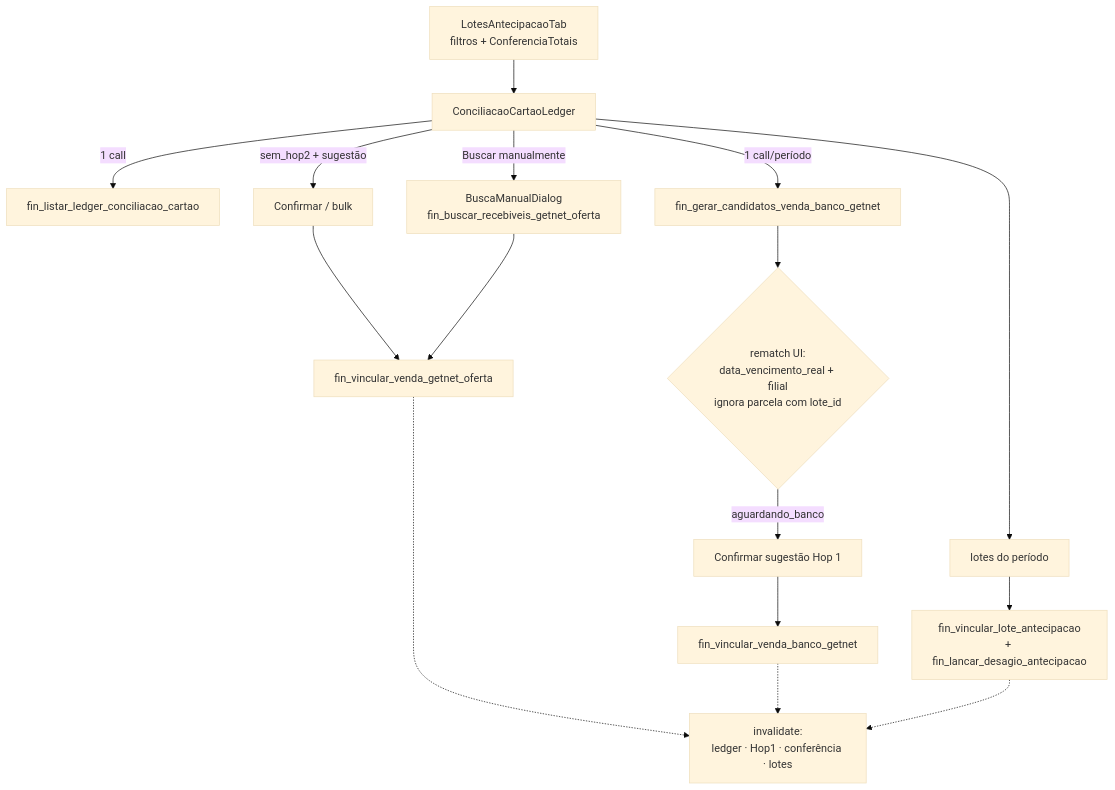
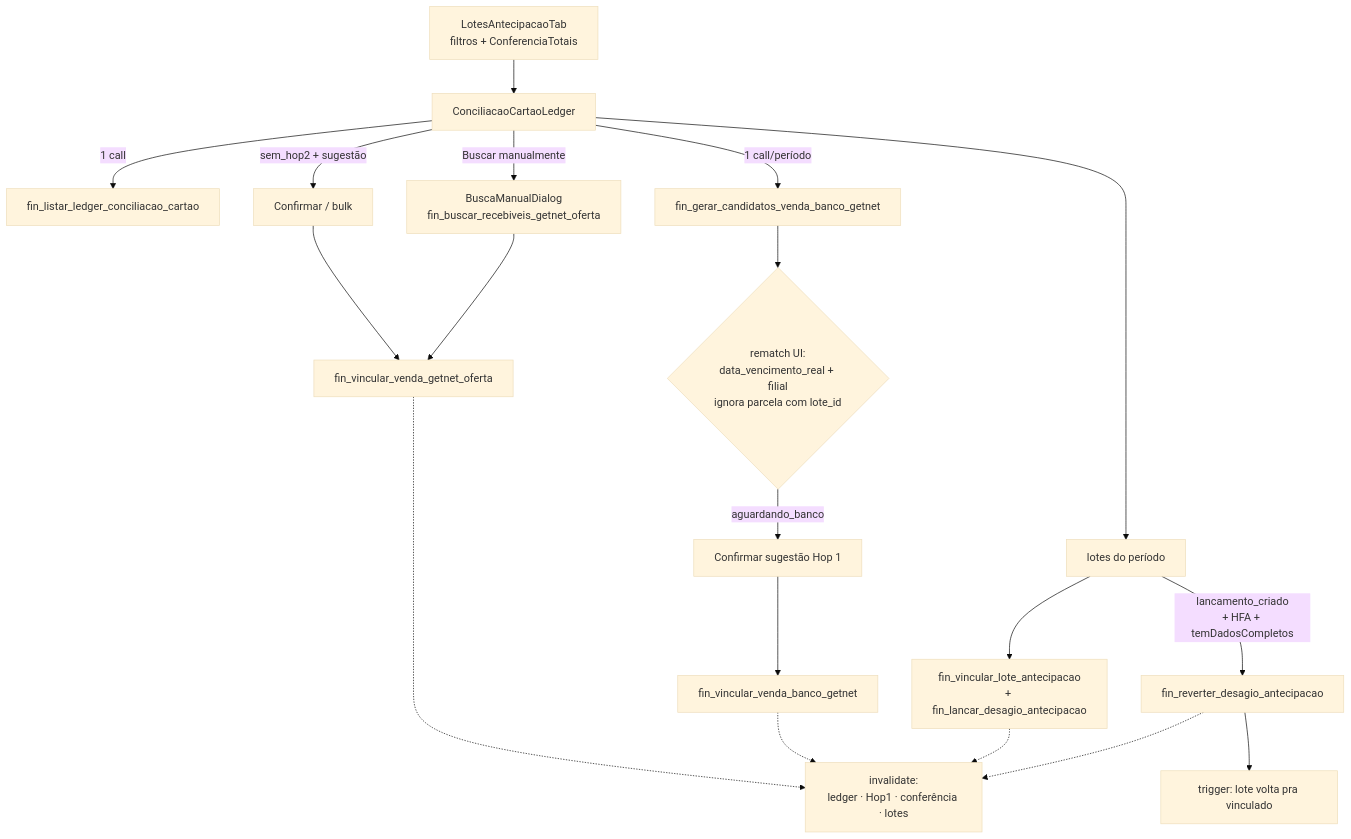
Before and after one commit to adrianoapc/igreja-carvalho: diagram 25 of 41 in docs/diagramas/fluxo-financeiro.md, drawn with Mermaid (base theme). The commit also changed other lines of this file and 7 other files, not shown here.

````diff
--- a/docs/diagramas/fluxo-financeiro.md
+++ b/docs/diagramas/fluxo-financeiro.md
@@ -886,18 +886,21 @@
 ```mermaid
 flowchart TD
     TAB["LotesAntecipacaoTab\nfiltros + ConferenciaTotais"] --> LEDGER["ConciliacaoCartaoLedger"]
     LEDGER -->|"1 call"| LRPC["fin_listar_ledger_conciliacao_cartao"]
     LEDGER -->|"1 call/período"| H1["fin_gerar_candidatos_venda_banco_getnet"]
     H1 --> MATCH{"rematch UI:\ndata_vencimento_real + filial\nignora parcela com lote_id"}
     MATCH -->|"aguardando_banco"| BTN1["Confirmar sugestão Hop 1"]
     LEDGER -->|"sem_hop2 + sugestão"| BTN2["Confirmar / bulk"]
     LEDGER -->|"Buscar manualmente"| BUSCA["BuscaManualDialog\nfin_buscar_recebiveis_getnet_oferta"]
     BTN2 --> W2["fin_vincular_venda_getnet_oferta"]
     BUSCA --> W2
     BTN1 --> W1["fin_vincular_venda_banco_getnet"]
     LEDGER --> LOTES["lotes do período"]
     LOTES --> W3["fin_vincular_lote_antecipacao\n+ fin_lancar_desagio_antecipacao"]
+    LOTES -->|"lancamento_criado\n+ HFA + temDadosCompletos"| W4["fin_reverter_desagio_antecipacao"]
+    W4 --> TRG["trigger: lote volta pra vinculado"]
     W2 -.-> INV["invalidate:\nledger · Hop1 · conferência · lotes"]
     W1 -.-> INV
     W3 -.-> INV
+    W4 -.-> INV
 ```
````
